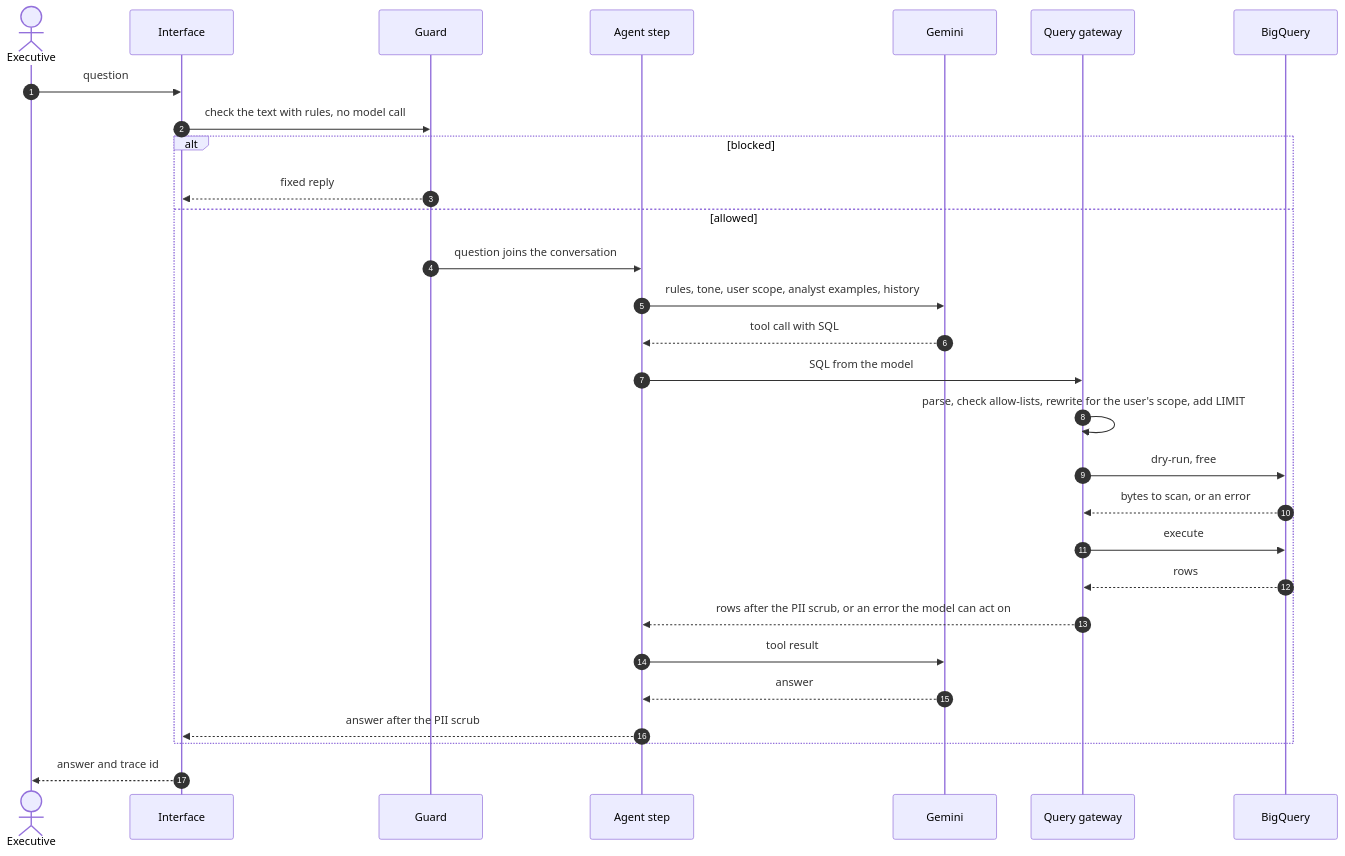
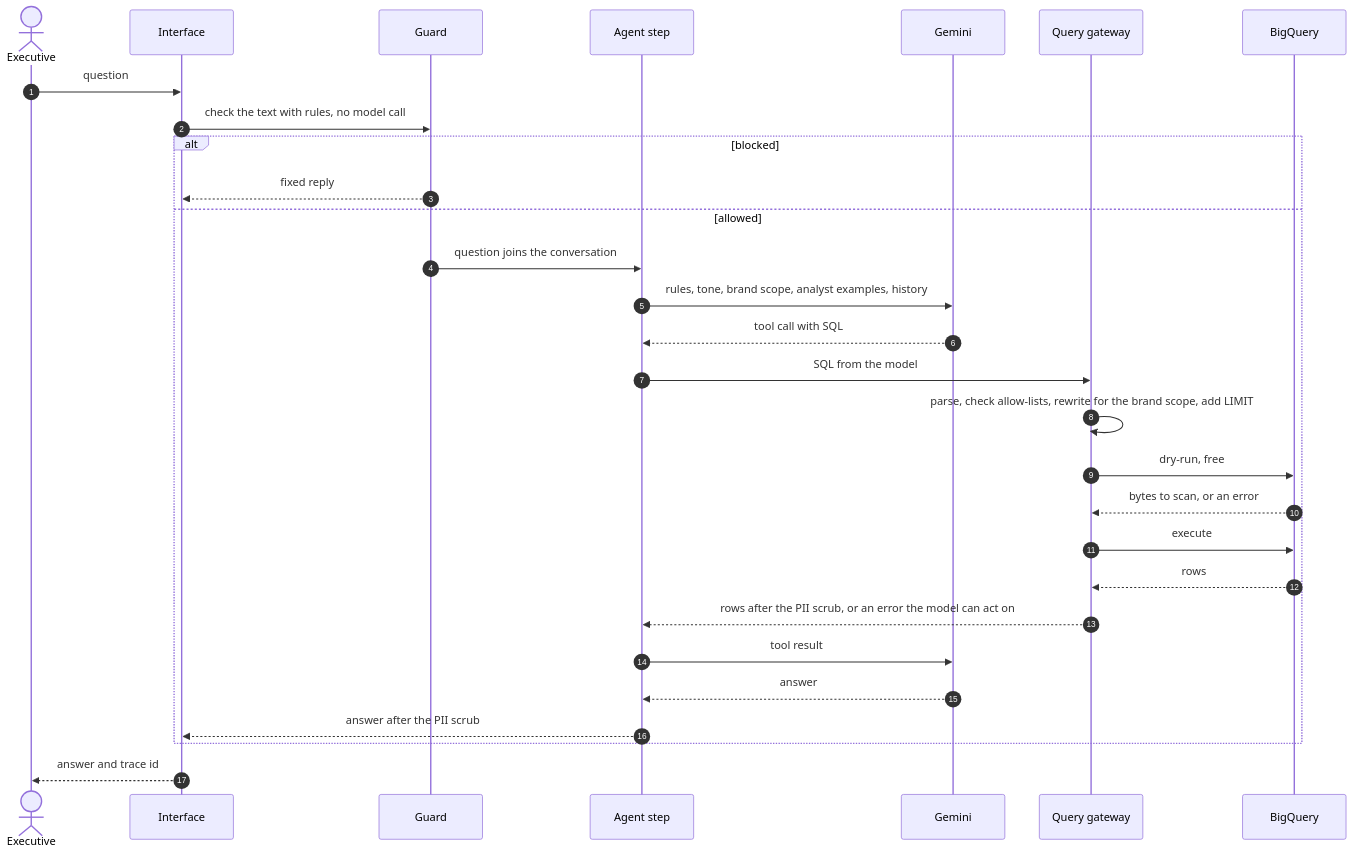
The second of 6 diagrams in docs/DESIGN.md (rupszi/tech-demo-retail-05), drawn with Mermaid before and after one commit. The commit also changed other lines of this file and 8 other files, not shown here.

````diff
--- a/docs/DESIGN.md
+++ b/docs/DESIGN.md
@@ -134,32 +150,32 @@
 ```mermaid
 sequenceDiagram
     autonumber
     actor U as Executive
     participant UI as Interface
     participant G as Guard
     participant A as Agent step
     participant M as Gemini
     participant Q as Query gateway
     participant B as BigQuery
 
     U->>UI: question
     UI->>G: check the text with rules, no model call
     alt blocked
         G-->>UI: fixed reply
     else allowed
         G->>A: question joins the conversation
-        A->>M: rules, tone, user scope, analyst examples, history
+        A->>M: rules, tone, brand scope, analyst examples, history
         M-->>A: tool call with SQL
         A->>Q: SQL from the model
-        Q->>Q: parse, check allow-lists, rewrite for the user's scope, add LIMIT
+        Q->>Q: parse, check allow-lists, rewrite for the brand scope, add LIMIT
         Q->>B: dry-run, free
         B-->>Q: bytes to scan, or an error
         Q->>B: execute
         B-->>Q: rows
         Q-->>A: rows after the PII scrub, or an error the model can act on
         A->>M: tool result
         M-->>A: answer
         A-->>UI: answer after the PII scrub
     end
     UI-->>U: answer and trace id
 ```
````
